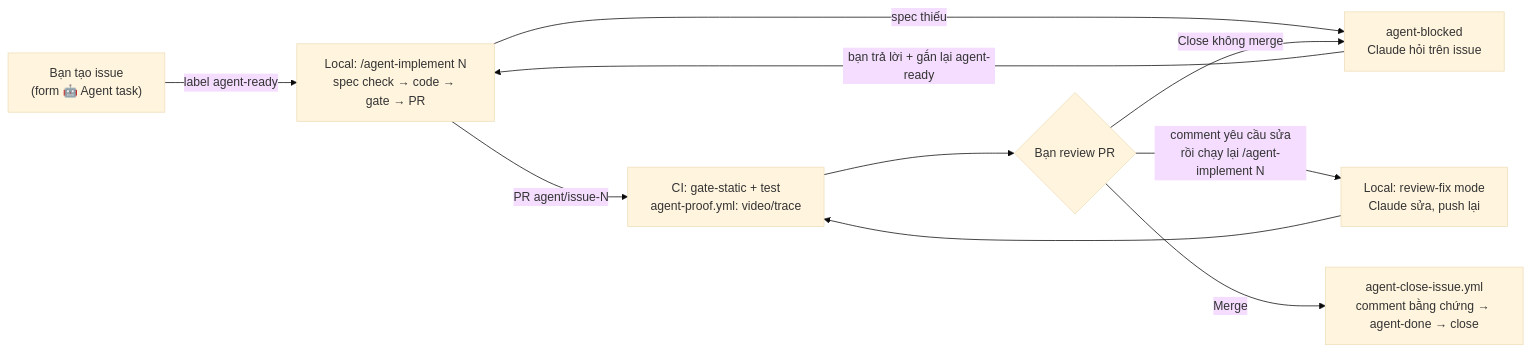
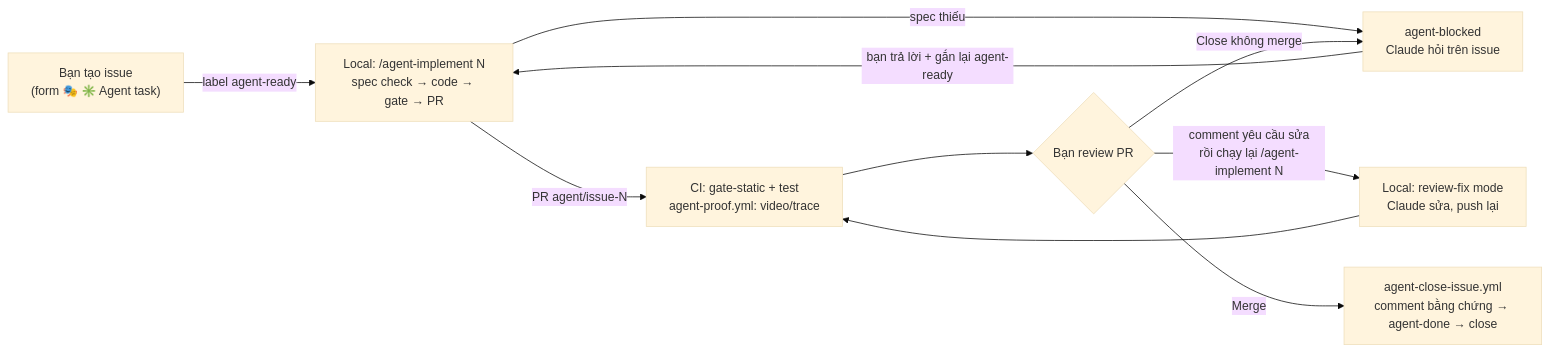
Before and after one commit to hadotvn2026/playwright-test-agent: the diagram in docs/agent-workflow.md, drawn with Mermaid (base theme). The commit also changed other lines of this file and 2 other files, not shown here.

Commit message:
chore: use Playwright and Claude Code icons for the agent task form (#14) (#15)
Replace the generic robot icon with 🎭 (Playwright) and ✳️ (Claude Code)
in the issue form name, the agent-implement skill and the workflow docs.
Includes the owner's local 🎭 change to the form name.

````diff
--- a/docs/agent-workflow.md
+++ b/docs/agent-workflow.md
@@ -7,12 +7,12 @@
 ```mermaid
 flowchart LR
-    A["Bạn tạo issue<br/>(form 🤖 Agent task)"] -->|label agent-ready| B["Local: /agent-implement N<br/>spec check → code → gate → PR"]
+    A["Bạn tạo issue<br/>(form 🎭 ✳️ Agent task)"] -->|label agent-ready| B["Local: /agent-implement N<br/>spec check → code → gate → PR"]
     B -->|spec thiếu| X["agent-blocked<br/>Claude hỏi trên issue"]
     X -->|bạn trả lời + gắn lại agent-ready| B
     B -->|PR agent/issue-N| C["CI: gate-static + test<br/>agent-proof.yml: video/trace"]
     C --> D{"Bạn review PR"}
     D -->|"comment yêu cầu sửa<br/>rồi chạy lại /agent-implement N"| E["Local: review-fix mode<br/>Claude sửa, push lại"]
     E --> C
     D -->|Merge| F["agent-close-issue.yml<br/>comment bằng chứng → agent-done → close"]
     D -->|Close không merge| X
 ```
````
